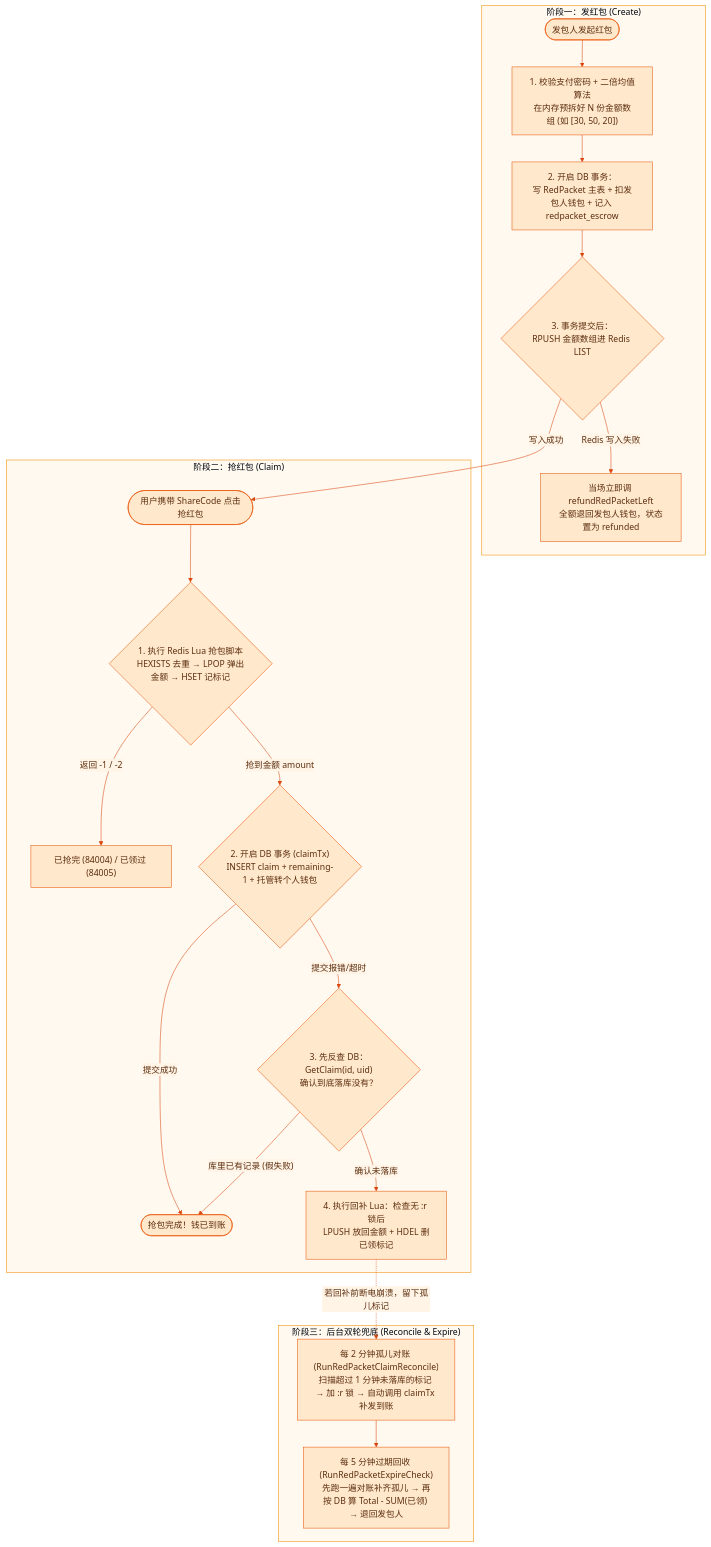
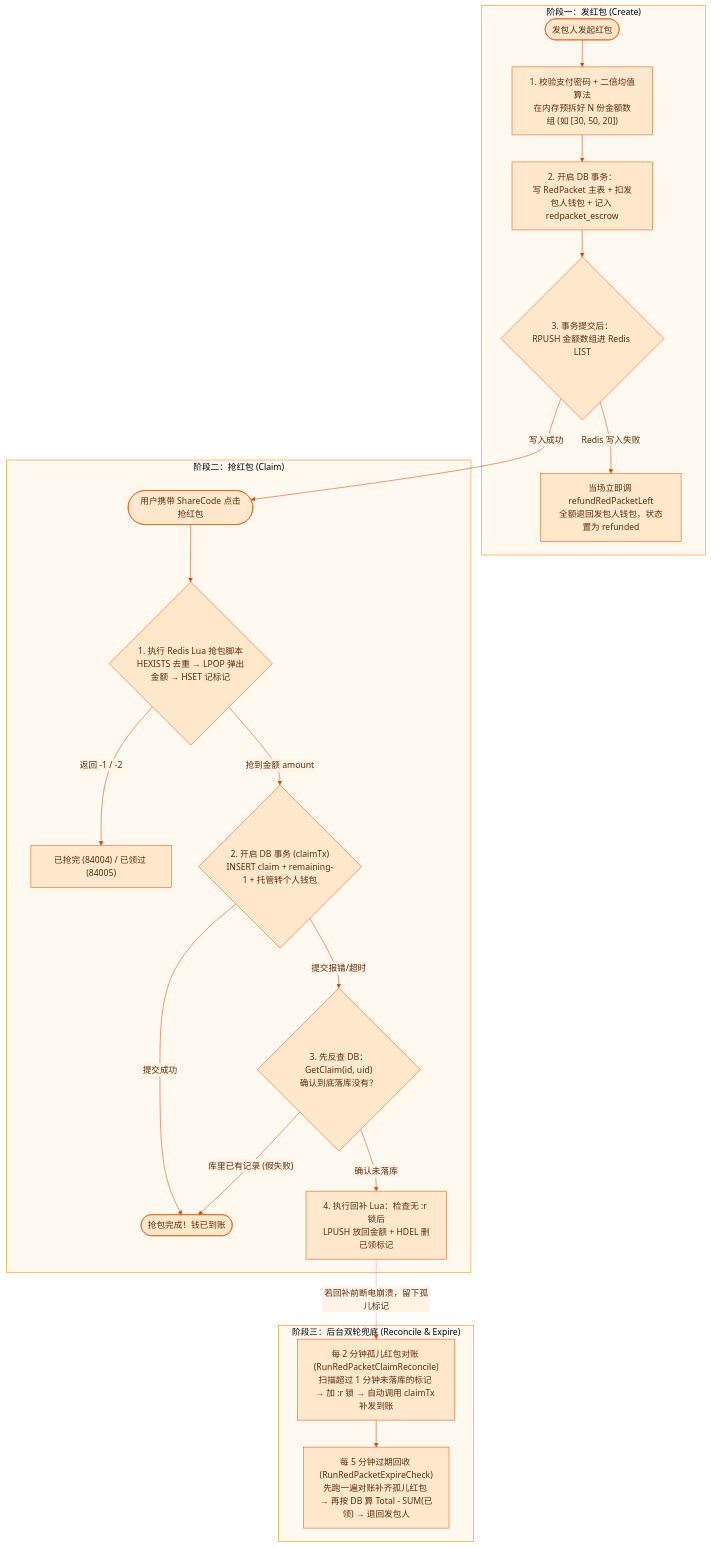
Before and after one commit to RedInn7/gomall: the fifth of 24 diagrams in docs/lecture/18-redpacket.md, drawn with Mermaid. The commit also changed other lines of this file and 1 other file, not shown here.

Commit message:
红包讲义：补全状态图箭头，统一称为孤儿红包

````diff
--- a/docs/lecture/18-redpacket.md
+++ b/docs/lecture/18-redpacket.md
@@ -110,28 +110,28 @@
 ```mermaid
 %%{init: {'theme':'base','themeVariables':{'fontFamily':'PingFang SC, Microsoft YaHei, sans-serif','background':'#FFFBF5','primaryColor':'#FFE8CC','primaryBorderColor':'#E8590C','primaryTextColor':'#5C2E0E','secondaryColor':'#FFF4E6','tertiaryColor':'#FFF9F0','lineColor':'#D9480F','textColor':'#5C2E0E','clusterBkg':'#FFF9F0','clusterBorder':'#F08C00','edgeLabelBackground':'#FFF4E6','actorBkg':'#FFD8A8','actorBorder':'#E8590C','actorTextColor':'#5C2E0E','actorLineColor':'#F08C00','signalColor':'#C2410C','signalTextColor':'#5C2E0E','noteBkgColor':'#FFF3BF','noteBorderColor':'#F08C00','noteTextColor':'#5C2E0E','activationBkgColor':'#FFC078','activationBorderColor':'#E8590C','labelBoxBkgColor':'#FFE8CC','labelBoxBorderColor':'#E8590C','labelTextColor':'#5C2E0E','loopTextColor':'#5C2E0E'}}}%%
 flowchart TD
     subgraph S1 ["阶段一：发红包 (Create)"]
         SendStart(["发包人发起红包"]) --> Split["1. 校验支付密码 + 二倍均值算法<br/>在内存预拆好 N 份金额数组 (如 [30, 50, 20])"]
         Split --> SendDB["2. 开启 DB 事务：<br/>写 RedPacket 主表 + 扣发包人钱包 + 记入 redpacket_escrow"]
         SendDB --> PushRedis{"3. 事务提交后：<br/>RPUSH 金额数组进 Redis LIST"}
         PushRedis -- "Redis 写入失败" --> ImmediateRefund["当场立即调 refundRedPacketLeft<br/>全额退回发包人钱包，状态置为 refunded"]
     end
 
     PushRedis -- "写入成功" --> ClaimStart
 
     subgraph S2 ["阶段二：抢红包 (Claim)"]
         ClaimStart(["用户携带 ShareCode 点击抢红包"]) --> LuaClaim{"1. 执行 Redis Lua 抢包脚本<br/>HEXISTS 去重 → LPOP 弹出金额 → HSET 记标记"}
         LuaClaim -- "返回 -1 / -2" --> ClaimReject["已抢完 (84004) / 已领过 (84005)"]
         LuaClaim -- "抢到金额 amount" --> ClaimDB{"2. 开启 DB 事务 (claimTx)<br/>INSERT claim + remaining-1 + 托管转个人钱包"}
         ClaimDB -- "提交成功" --> ClaimOK(["抢包完成！钱已到账"])
         ClaimDB -- "提交报错/超时" --> CheckDB{"3. 先反查 DB：GetClaim(id, uid)<br/>确认到底落库没有？"}
         CheckDB -- "库里已有记录 (假失败)" --> ClaimOK
         CheckDB -- "确认未落库" --> LuaRollback["4. 执行回补 Lua：检查无 :r 锁后<br/>LPUSH 放回金额 + HDEL 删已领标记"]
     end
 
     LuaRollback -. "若回补前断电崩溃，留下孤儿标记" .-> ReconcileCron
 
     subgraph S3 ["阶段三：后台双轮兜底 (Reconcile & Expire)"]
-        ReconcileCron["每 2 分钟孤儿对账 (RunRedPacketClaimReconcile)<br/>扫描超过 1 分钟未落库的标记 → 加 :r 锁 → 自动调用 claimTx 补发到账"] --> ExpireCron["每 5 分钟过期回收 (RunRedPacketExpireCheck)<br/>先跑一遍对账补齐孤儿 → 再按 DB 算 Total - SUM(已领) → 退回发包人"]
+        ReconcileCron["每 2 分钟孤儿红包对账 (RunRedPacketClaimReconcile)<br/>扫描超过 1 分钟未落库的标记 → 加 :r 锁 → 自动调用 claimTx 补发到账"] --> ExpireCron["每 5 分钟过期回收 (RunRedPacketExpireCheck)<br/>先跑一遍对账补齐孤儿红包 → 再按 DB 算 Total - SUM(已领) → 退回发包人"]
     end
 ```
````
